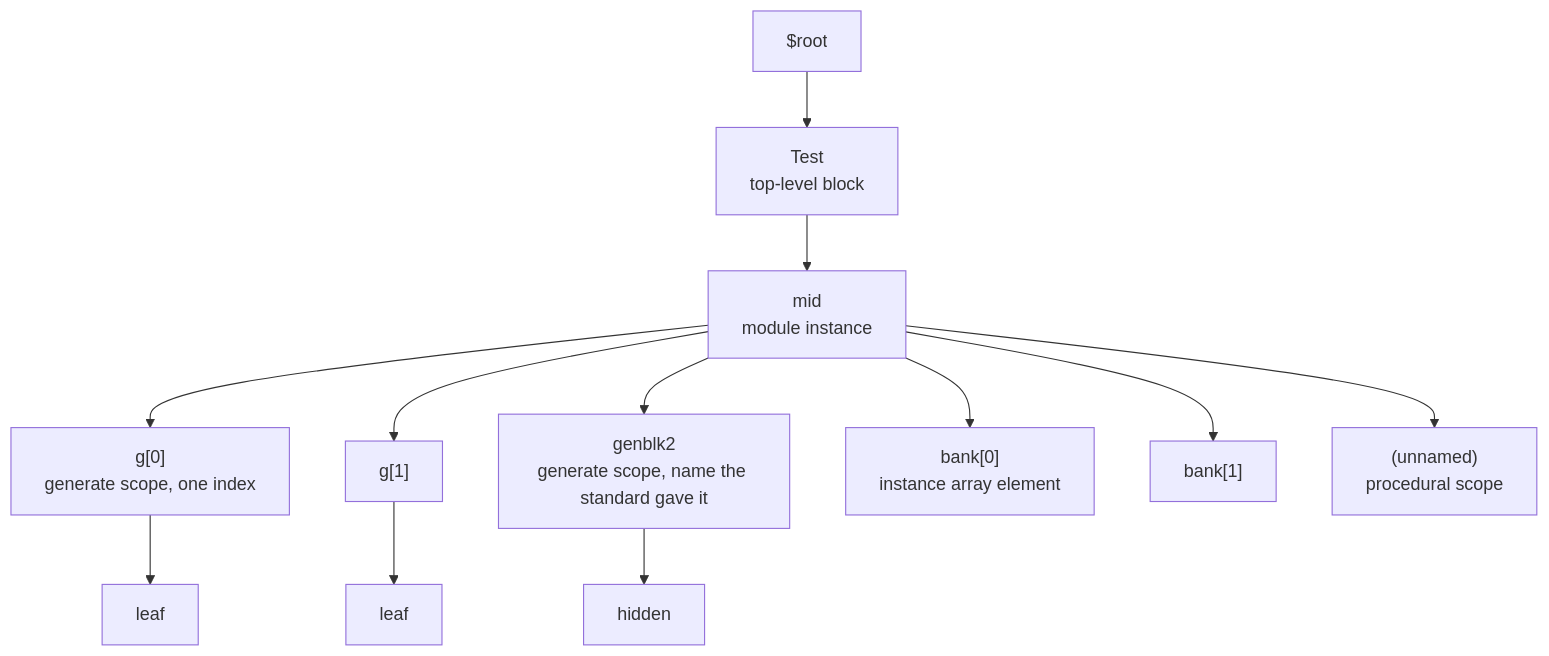
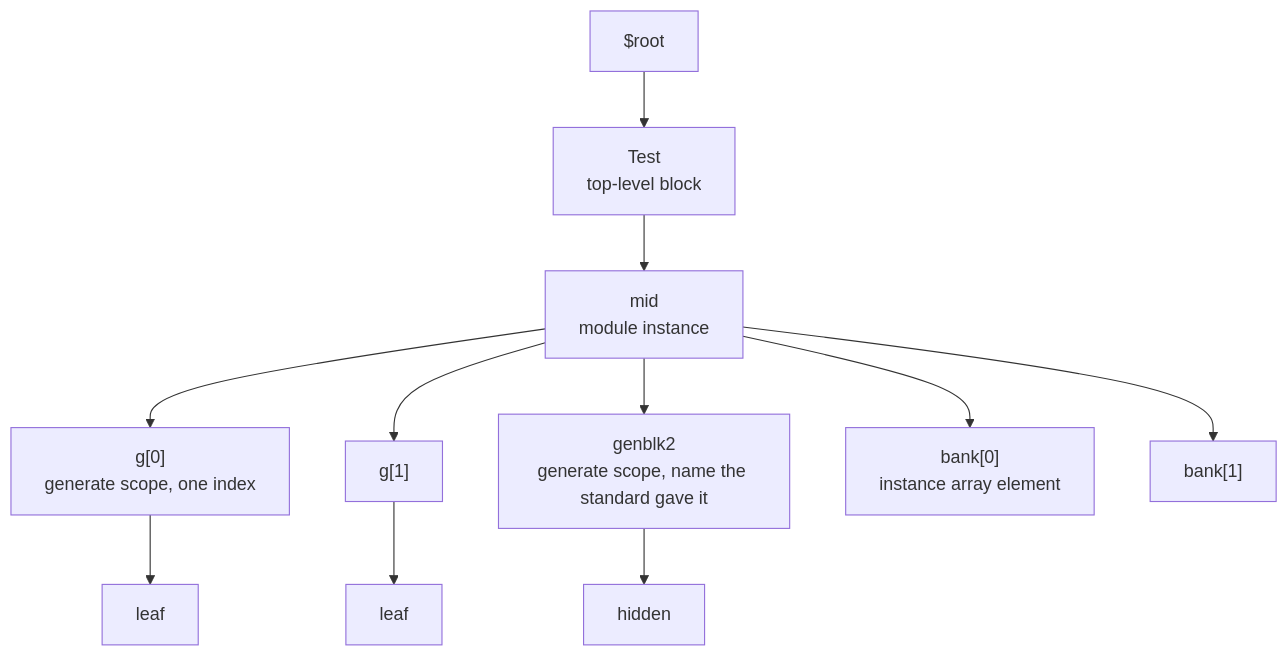
One commit to hankhsu1996/lyra changed the diagram in docs/architecture/hierarchy_and_generate.md. Above: the diagram before and after it, drawn with Mermaid. The commit also changed other lines of this file and 21 other files, not shown here.

First line of the commit message:
Give a procedural scope no run-time object (#1479)

````diff
--- a/docs/architecture/hierarchy_and_generate.md
+++ b/docs/architecture/hierarchy_and_generate.md
@@ -183,14 +183,13 @@
 ```mermaid
 flowchart TB
   R["$root"] --> T["Test<br/>top-level block"]
   T --> M["mid<br/>module instance"]
   M --> G0["g[0]<br/>generate scope, one index"]
   M --> G1["g[1]"]
   M --> GB["genblk2<br/>generate scope, name the standard gave it"]
   M --> B0["bank[0]<br/>instance array element"]
   M --> B1["bank[1]"]
-  M --> AN["(unnamed)<br/>procedural scope"]
   G0 --> L0["leaf"]
   G1 --> L1["leaf"]
   GB --> H["hidden"]
 ```
````
